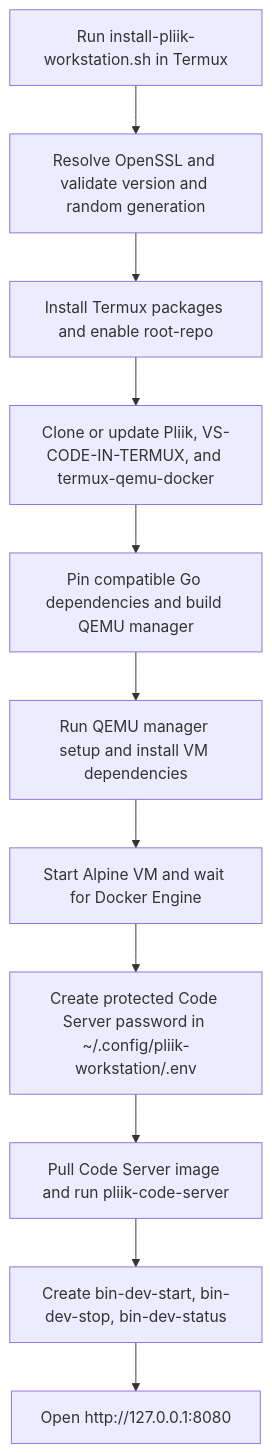
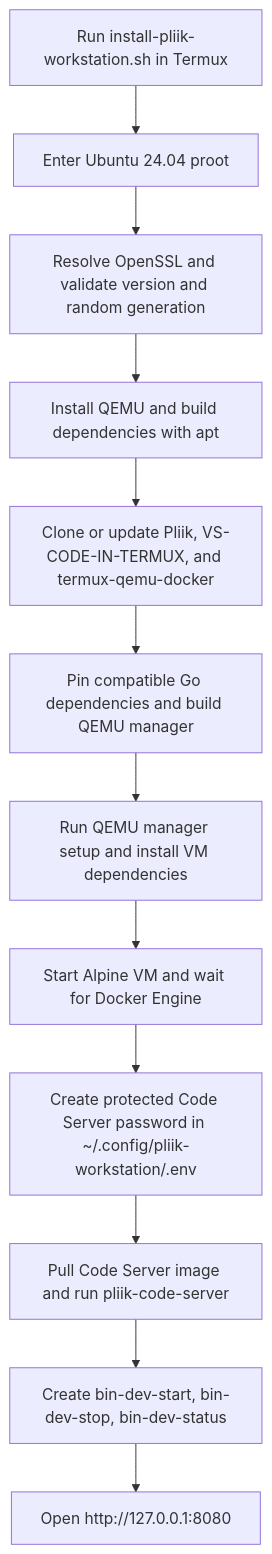
One commit to mutualendemic/pliik changed the second of 2 diagrams in ARCHITECTURE.md. Above: the diagram before and after it, drawn with Mermaid. The commit also changed other lines of this file and 2 other files, not shown here.

Commit message:
Run QEMU host inside Ubuntu proot

````diff
--- a/ARCHITECTURE.md
+++ b/ARCHITECTURE.md
@@ -41,16 +46,17 @@
 ```mermaid
 flowchart TD
     Start[Run install-pliik-workstation.sh in Termux]
+    Bootstrap[Enter Ubuntu 24.04 proot]
     OpenSSL[Resolve OpenSSL and validate version and random generation]
-    Packages[Install Termux packages and enable root-repo]
+    Packages[Install QEMU and build dependencies with apt]
     Checkout[Clone or update Pliik, VS-CODE-IN-TERMUX, and termux-qemu-docker]
     Build[Pin compatible Go dependencies and build QEMU manager]
     Setup[Run QEMU manager setup and install VM dependencies]
     VM[Start Alpine VM and wait for Docker Engine]
     Secret[Create protected Code Server password in ~/.config/pliik-workstation/.env]
     Deploy[Pull Code Server image and run pliik-code-server]
     Commands[Create bin-dev-start, bin-dev-stop, bin-dev-status]
     Ready[Open http://127.0.0.1:8080]
 
-    Start --> OpenSSL --> Packages --> Checkout --> Build --> Setup --> VM --> Secret --> Deploy --> Commands --> Ready
+    Start --> Bootstrap --> OpenSSL --> Packages --> Checkout --> Build --> Setup --> VM --> Secret --> Deploy --> Commands --> Ready
 ```
````
